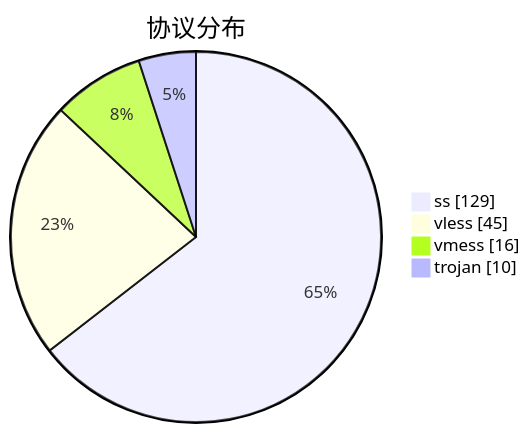
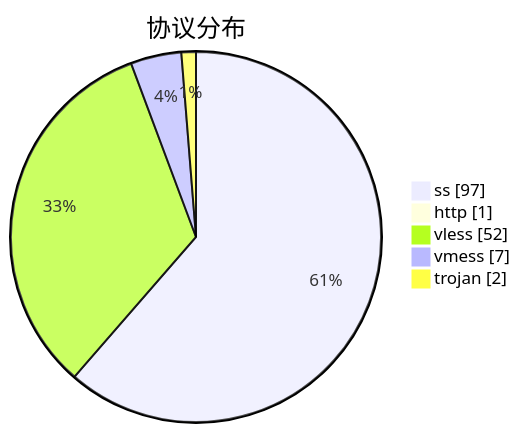
One commit to qjlxg/airport changed the third of 3 diagrams in subs/statistics/tested_within.md. Above: the diagram before and after it, drawn with Mermaid. The commit also changed other lines of this file and 2 other files, not shown here.

````diff
--- a/subs/statistics/tested_within.md
+++ b/subs/statistics/tested_within.md
@@ -29,8 +31,9 @@
 ```mermaid
 pie showData
 title 协议分布
-"ss" : 129
-"vless" : 45
-"vmess" : 16
-"trojan" : 10
+"ss" : 97
+"http" : 1
+"vless" : 52
+"vmess" : 7
+"trojan" : 2
 ```
````
